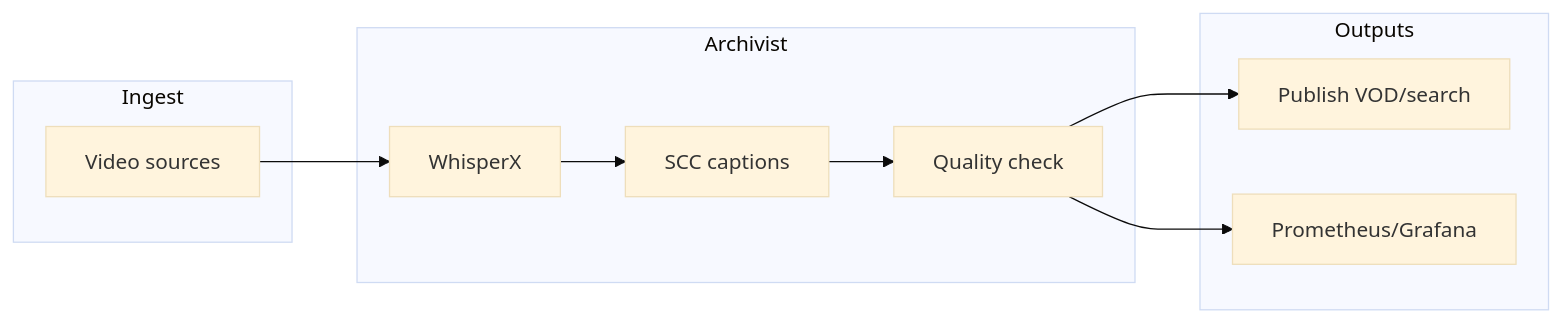
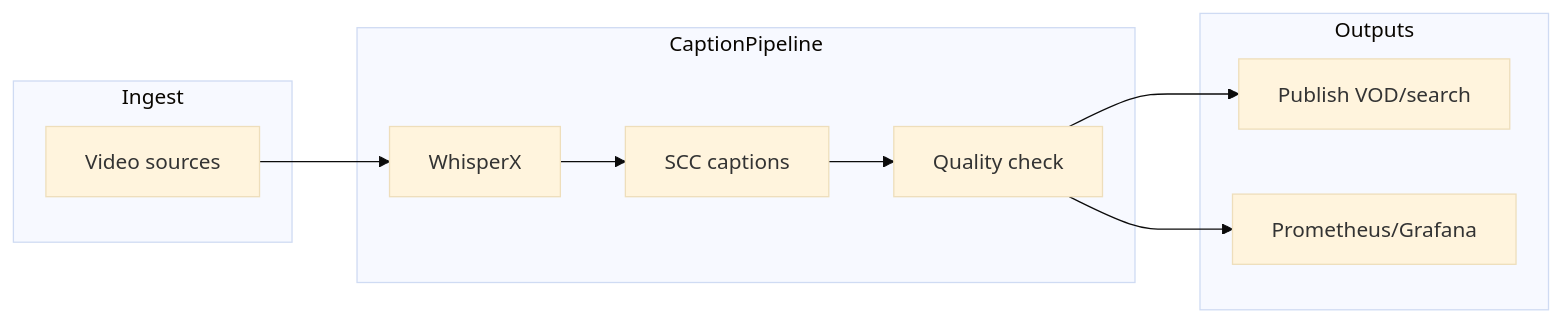
One commit to ManintheCrowds/media-ops-platform changed the first of 2 diagrams in README.md. Above: the diagram before and after it, drawn with Mermaid (base theme). The commit also changed other lines of this file and 186 other files, not shown here.

````diff
--- a/README.md
+++ b/README.md
@@ -15,17 +15,17 @@
 ```mermaid
 flowchart LR
   subgraph ingest [Ingest]
     V[Video sources]
   end
-  subgraph core [Archivist]
+  subgraph core [CaptionPipeline]
     W[WhisperX]
     S[SCC captions]
     Q[Quality check]
   end
   subgraph out [Outputs]
     P[Publish VOD/search]
     M[Prometheus/Grafana]
   end
   V --> W --> S --> Q --> P
   Q --> M
 ```
````
